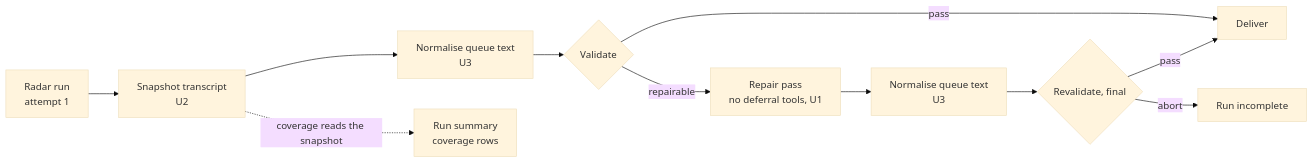
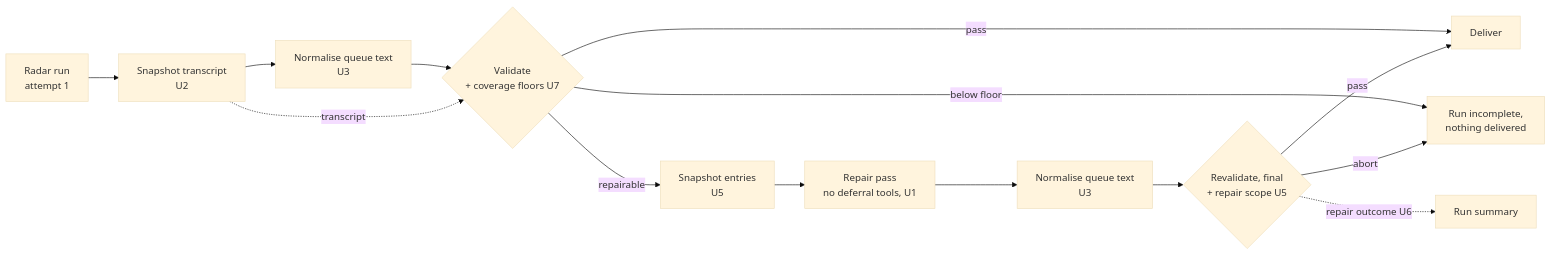
Before and after one commit to harryaquijeballon/ai_radar: the diagram in docs/plans/2026-11-09-001-harden-repair-loop-plan.md, drawn with Mermaid (base theme). The commit also changed other lines of this file and 10 other files, not shown here.

First line of the commit message:
harness(plan 2026-11-09-001 Phase 2): repair scope, repair outcome, coverage floors

````diff
--- a/docs/plans/2026-11-09-001-harden-repair-loop-plan.md
+++ b/docs/plans/2026-11-09-001-harden-repair-loop-plan.md
@@ -18,13 +18,16 @@
 ```mermaid
 flowchart LR
     M1[Radar run<br/>attempt 1] --> S[Snapshot transcript<br/>U2]
     S --> N1[Normalise queue text<br/>U3]
-    N1 --> V1{Validate}
+    N1 --> V1{Validate<br/>+ coverage floors U7}
     V1 -- pass --> D[Deliver]
-    V1 -- repairable --> R[Repair pass<br/>no deferral tools, U1]
+    V1 -- below floor --> X
+    V1 -- repairable --> E[Snapshot entries<br/>U5]
+    E --> R[Repair pass<br/>no deferral tools, U1]
     R --> N2[Normalise queue text<br/>U3]
-    N2 --> V2{Revalidate, final}
+    N2 --> V2{Revalidate, final<br/>+ repair scope U5}
     V2 -- pass --> D
-    V2 -- abort --> X[Run incomplete]
-    S -. coverage reads the snapshot .-> C[Run summary<br/>coverage rows]
+    V2 -- abort --> X[Run incomplete,<br/>nothing delivered]
+    S -. transcript .-> V1
+    V2 -. repair outcome U6 .-> C[Run summary]
 ```
````
